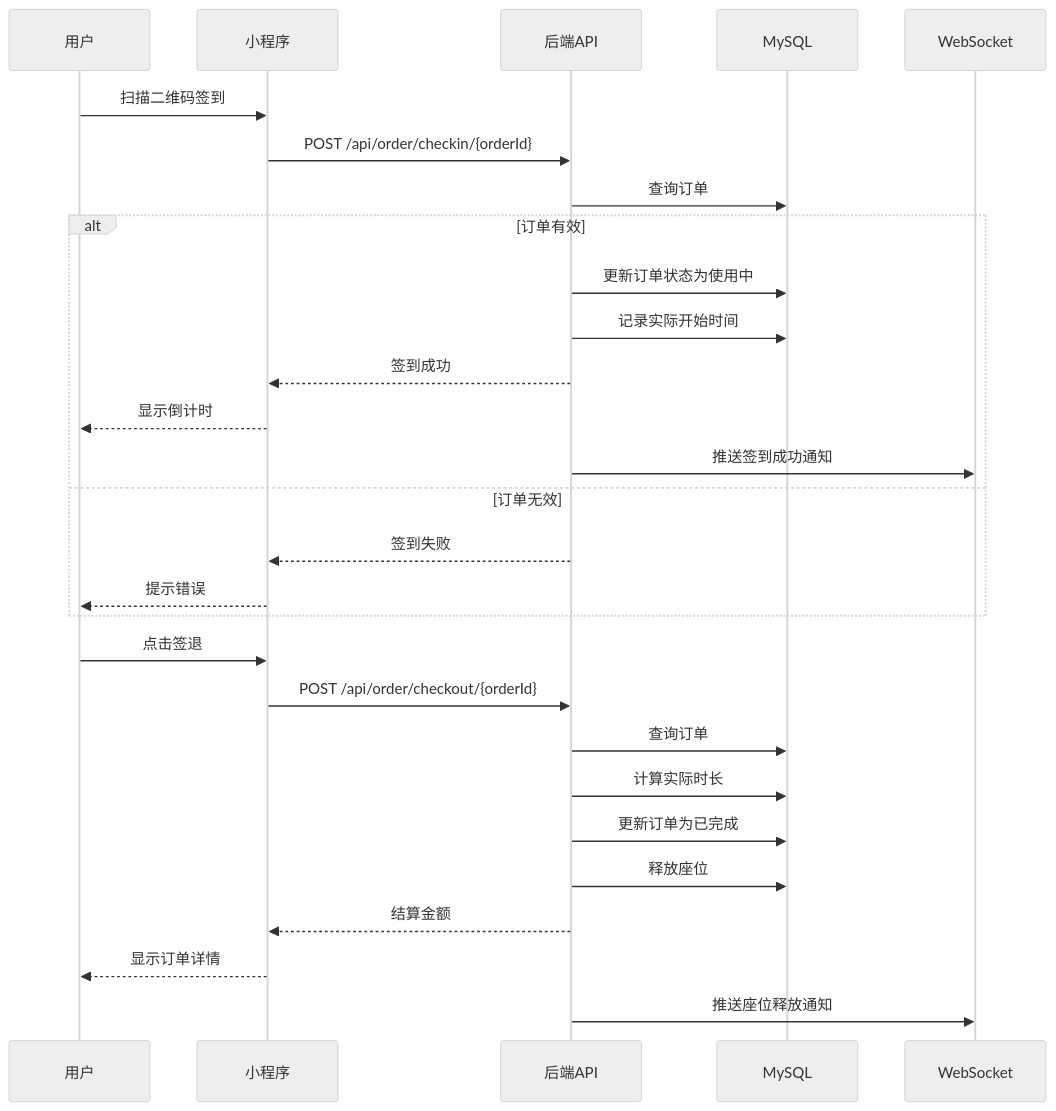
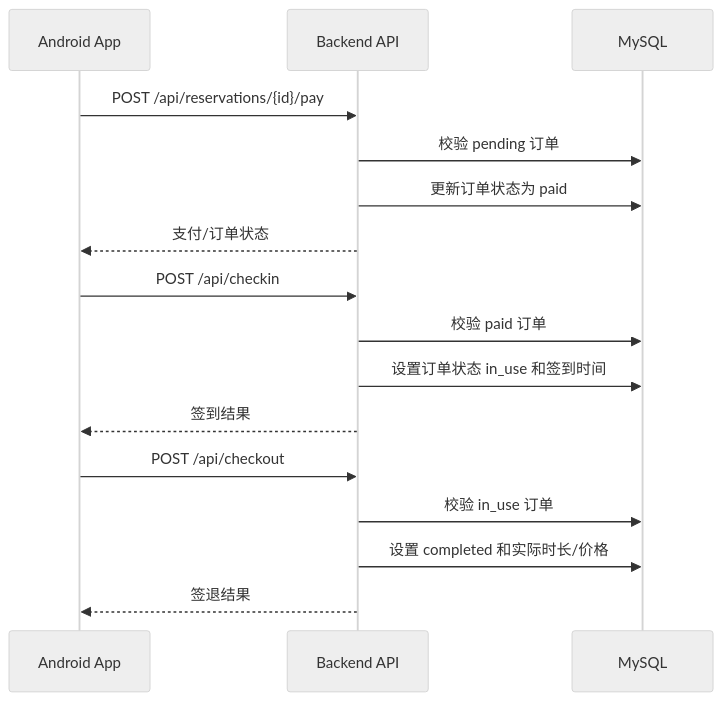
Before and after one commit to yu086868-ui/iStudySpot: the third of 5 diagrams in docs/architecture.md, drawn with Mermaid (neutral theme). The commit also changed other lines of this file and 12 other files, not shown here.

````diff
--- a/docs/architecture.md
+++ b/docs/architecture.md
@@ -269,32 +239,19 @@
 ```mermaid
 sequenceDiagram
-    participant User as 用户
-    participant MP as 小程序
-    participant API as 后端API
+    participant Client as Android App
+    participant Backend as Backend API
     participant DB as MySQL
-    participant WS as WebSocket
 
-    User->>MP: 扫描二维码签到
-    MP->>API: POST /api/order/checkin/{orderId}
-    API->>DB: 查询订单
-    alt 订单有效
-        API->>DB: 更新订单状态为使用中
-        API->>DB: 记录实际开始时间
-        API-->>MP: 签到成功
-        MP-->>User: 显示倒计时
-        API->>WS: 推送签到成功通知
-    else 订单无效
-        API-->>MP: 签到失败
-        MP-->>User: 提示错误
-    end
-
-    User->>MP: 点击签退
-    MP->>API: POST /api/order/checkout/{orderId}
-    API->>DB: 查询订单
-    API->>DB: 计算实际时长
-    API->>DB: 更新订单为已完成
-    API->>DB: 释放座位
-    API-->>MP: 结算金额
-    MP-->>User: 显示订单详情
-    API->>WS: 推送座位释放通知
+    Client->>Backend: POST /api/reservations/{id}/pay
+    Backend->>DB: 校验 pending 订单
+    Backend->>DB: 更新订单状态为 paid
+    Backend-->>Client: 支付/订单状态
+    Client->>Backend: POST /api/checkin
+    Backend->>DB: 校验 paid 订单
+    Backend->>DB: 设置订单状态 in_use 和签到时间
+    Backend-->>Client: 签到结果
+    Client->>Backend: POST /api/checkout
+    Backend->>DB: 校验 in_use 订单
+    Backend->>DB: 设置 completed 和实际时长/价格
+    Backend-->>Client: 签退结果
 ```
````
